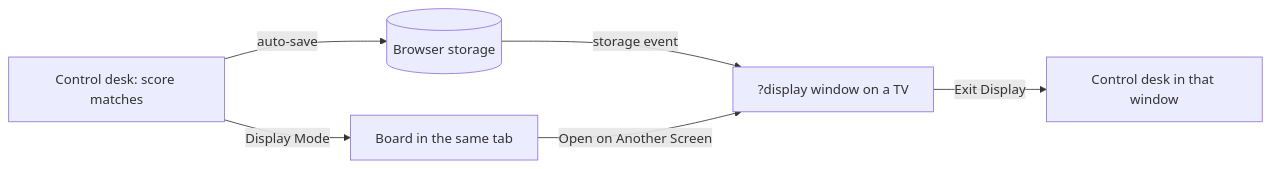
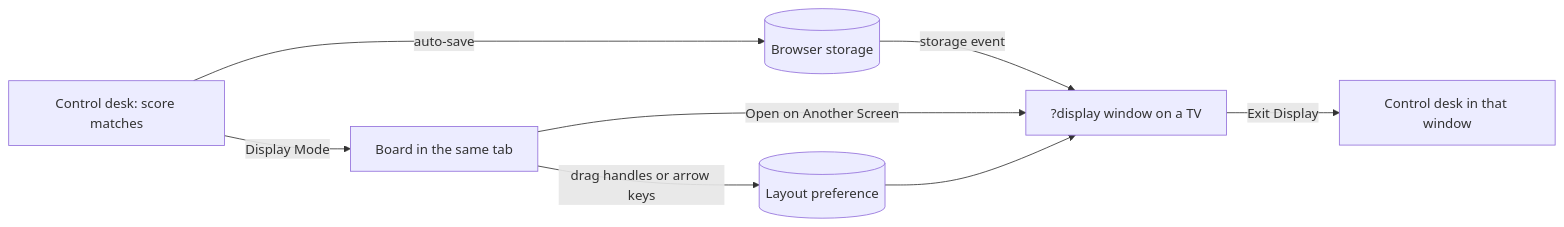
The fifth of 6 diagrams in README.md (DT209/foos-tourney), drawn with Mermaid before and after one commit. The commit also changed other lines of this file and 10 other files, not shown here.

````diff
--- a/README.md
+++ b/README.md
@@ -209,8 +217,10 @@
 ```mermaid
 flowchart LR
     DESK["Control desk: score matches"] -->|"auto-save"| LS[("Browser storage")]
     LS -->|"storage event"| WIN["?display window on a TV"]
     DESK -->|"Display Mode"| BOARD["Board in the same tab"]
     BOARD -->|"Open on Another Screen"| WIN
+    BOARD -->|"drag handles or arrow keys"| LAYOUT[("Layout preference")]
+    LAYOUT --> WIN
     WIN -->|"Exit Display"| DESK2["Control desk in that window"]
 ```
````
